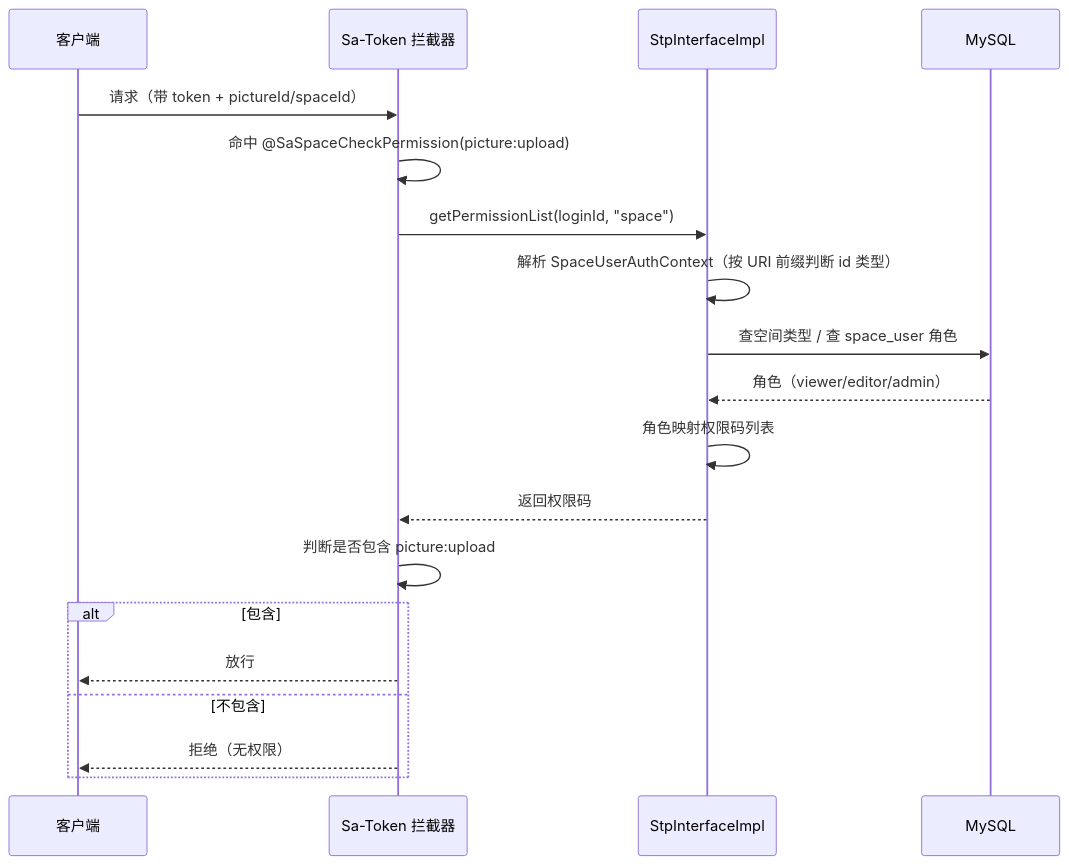
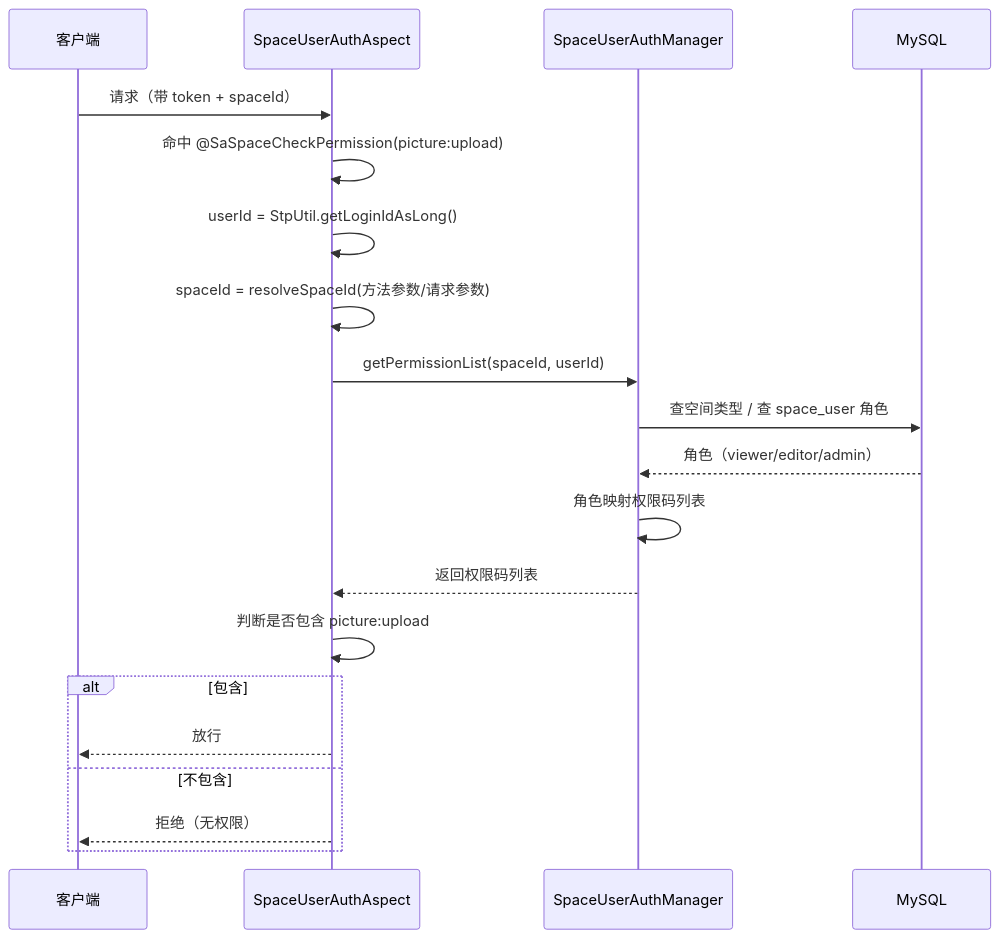
One commit to ylumqaq/cloud-gallery changed the third of 6 diagrams in docs/详细设计文档.md. Above: the diagram before and after it, drawn with Mermaid. The commit also changed other lines of this file and 10 other files, not shown here.

````diff
--- a/docs/详细设计文档.md
+++ b/docs/详细设计文档.md
@@ -46,22 +46,23 @@
 ```mermaid
 sequenceDiagram
     participant C as 客户端
-    participant I as Sa-Token 拦截器
-    participant Stp as StpInterfaceImpl
+    participant A as SpaceUserAuthAspect
+    participant M as SpaceUserAuthManager
     participant DB as MySQL
 
-    C->>I: 请求（带 token + pictureId/spaceId）
-    I->>I: 命中 @SaSpaceCheckPermission(picture:upload)
-    I->>Stp: getPermissionList(loginId, "space")
-    Stp->>Stp: 解析 SpaceUserAuthContext（按 URI 前缀判断 id 类型）
-    Stp->>DB: 查空间类型 / 查 space_user 角色
-    DB-->>Stp: 角色（viewer/editor/admin）
-    Stp->>Stp: 角色映射权限码列表
-    Stp-->>I: 返回权限码
-    I->>I: 判断是否包含 picture:upload
+    C->>A: 请求（带 token + spaceId）
+    A->>A: 命中 @SaSpaceCheckPermission(picture:upload)
+    A->>A: userId = StpUtil.getLoginIdAsLong()
+    A->>A: spaceId = resolveSpaceId(方法参数/请求参数)
+    A->>M: getPermissionList(spaceId, userId)
+    M->>DB: 查空间类型 / 查 space_user 角色
+    DB-->>M: 角色（viewer/editor/admin）
+    M->>M: 角色映射权限码列表
+    M-->>A: 返回权限码列表
+    A->>A: 判断是否包含 picture:upload
     alt 包含
-        I-->>C: 放行
+        A-->>C: 放行
     else 不包含
-        I-->>C: 拒绝（无权限）
+        A-->>C: 拒绝（无权限）
     end
 ```
````
